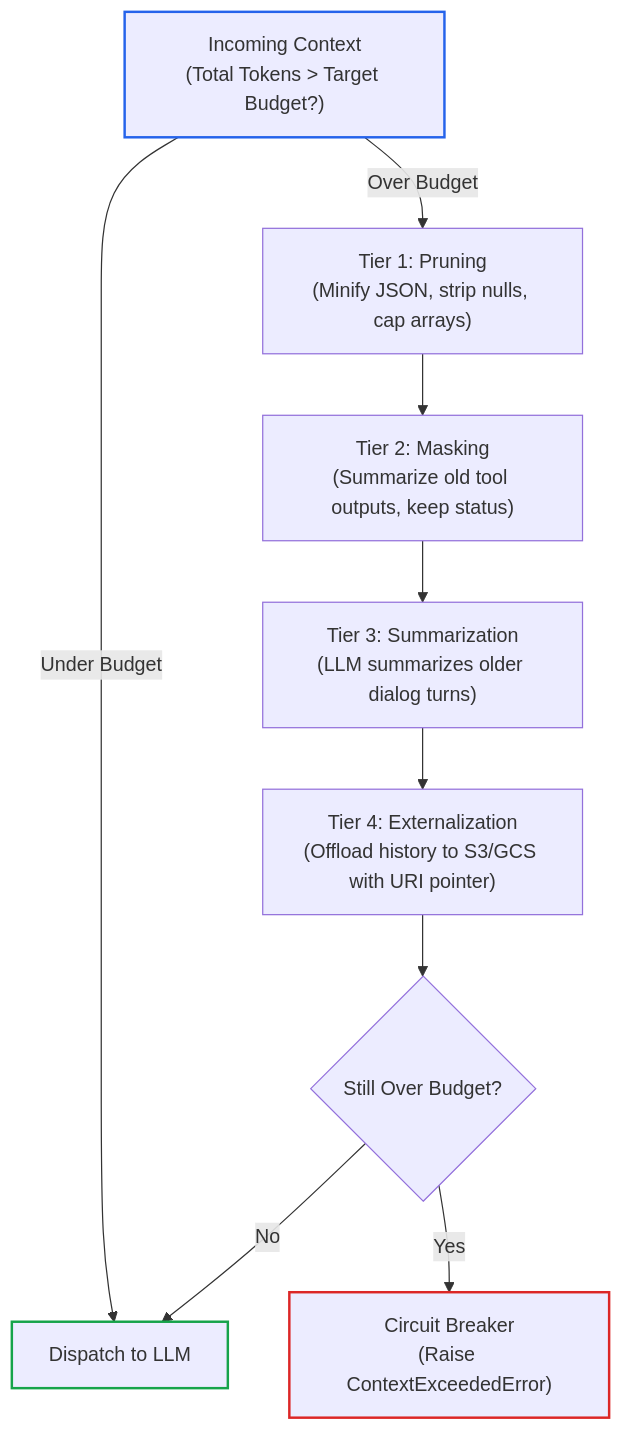
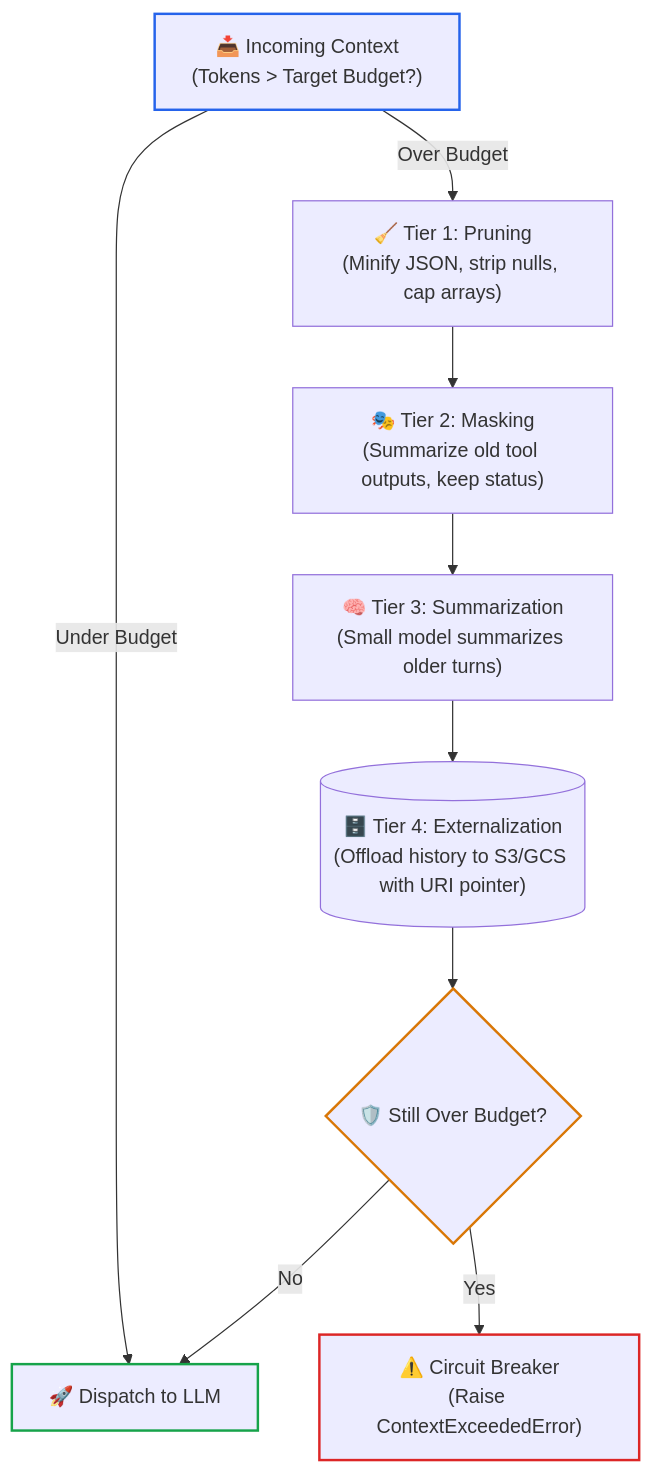
Before and after one commit to dip4k/senior-engineer-to-ai-engineer-roadmap: the diagram in 01-prompt-and-context-engineering/02-token-budgeting-and-compaction.md, drawn with Mermaid. The commit also changed 39 other files, not shown here.

First line of the commit message:
feat(curriculum): upgrade mermaid diagrams with unicode icons & codify anti-bloat layout rules

````diff
--- a/01-prompt-and-context-engineering/02-token-budgeting-and-compaction.md
+++ b/01-prompt-and-context-engineering/02-token-budgeting-and-compaction.md
@@ -124,15 +124,16 @@
 ```mermaid
 flowchart TD
-    Req["Incoming Context<br>(Total Tokens > Target Budget?)"] -->|Under Budget| Run["Dispatch to LLM"]
-    Req -->|Over Budget| T1["Tier 1: Pruning<br>(Minify JSON, strip nulls, cap arrays)"]
-    T1 --> T2["Tier 2: Masking<br>(Summarize old tool outputs, keep status)"]
-    T2 --> T3["Tier 3: Summarization<br>(LLM summarizes older dialog turns)"]
-    T3 --> T4["Tier 4: Externalization<br>(Offload history to S3/GCS with URI pointer)"]
-    T4 --> Guard{"Still Over Budget?"}
+    Req["📥 Incoming Context<br>(Tokens > Target Budget?)"] -->|Under Budget| Run["🚀 Dispatch to LLM"]
+    Req -->|Over Budget| T1["🧹 Tier 1: Pruning<br>(Minify JSON, strip nulls, cap arrays)"]
+    T1 --> T2["🎭 Tier 2: Masking<br>(Summarize old tool outputs, keep status)"]
+    T2 --> T3["🧠 Tier 3: Summarization<br>(Small model summarizes older turns)"]
+    T3 --> T4[("🗄️ Tier 4: Externalization<br>(Offload history to S3/GCS with URI pointer)")]
+    T4 --> Guard{"🛡️ Still Over Budget?"}
     Guard -->|No| Run
-    Guard -->|Yes| Halt["Circuit Breaker<br>(Raise ContextExceededError)"]
+    Guard -->|Yes| Halt["⚠️ Circuit Breaker<br>(Raise ContextExceededError)"]
 
     style Req stroke:#2563eb,stroke-width:2px
     style Run stroke:#16a34a,stroke-width:2px
+    style Guard stroke:#d97706,stroke-width:2px
     style Halt stroke:#dc2626,stroke-width:2px
 ```
````
